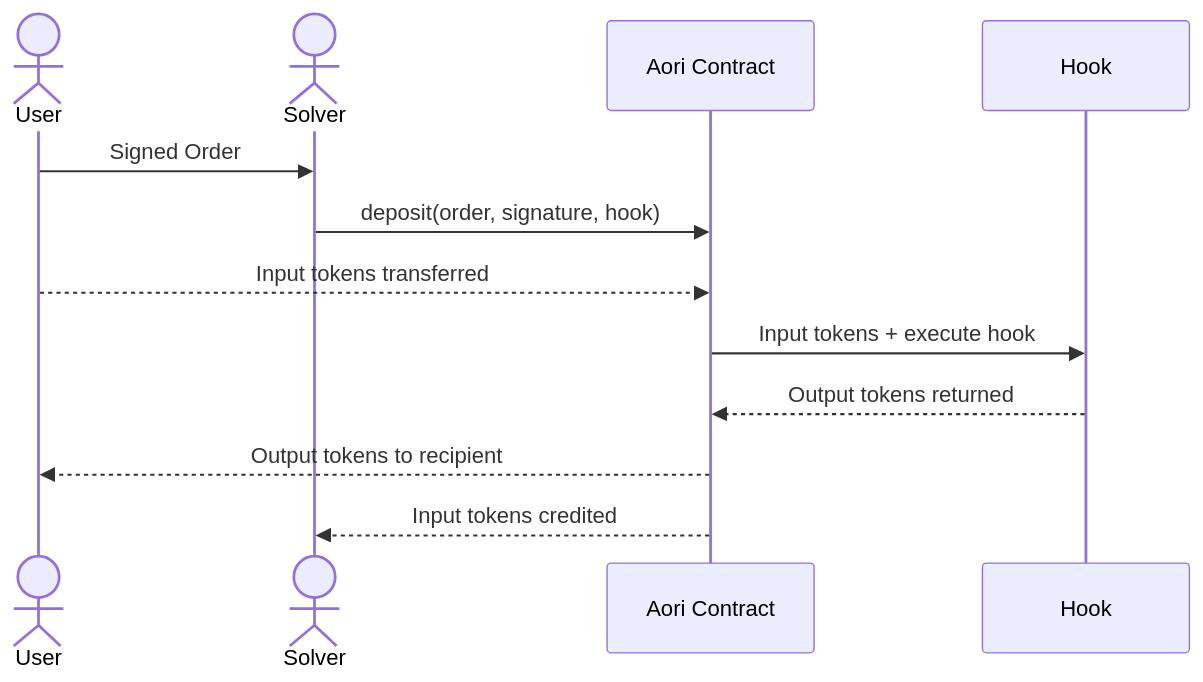
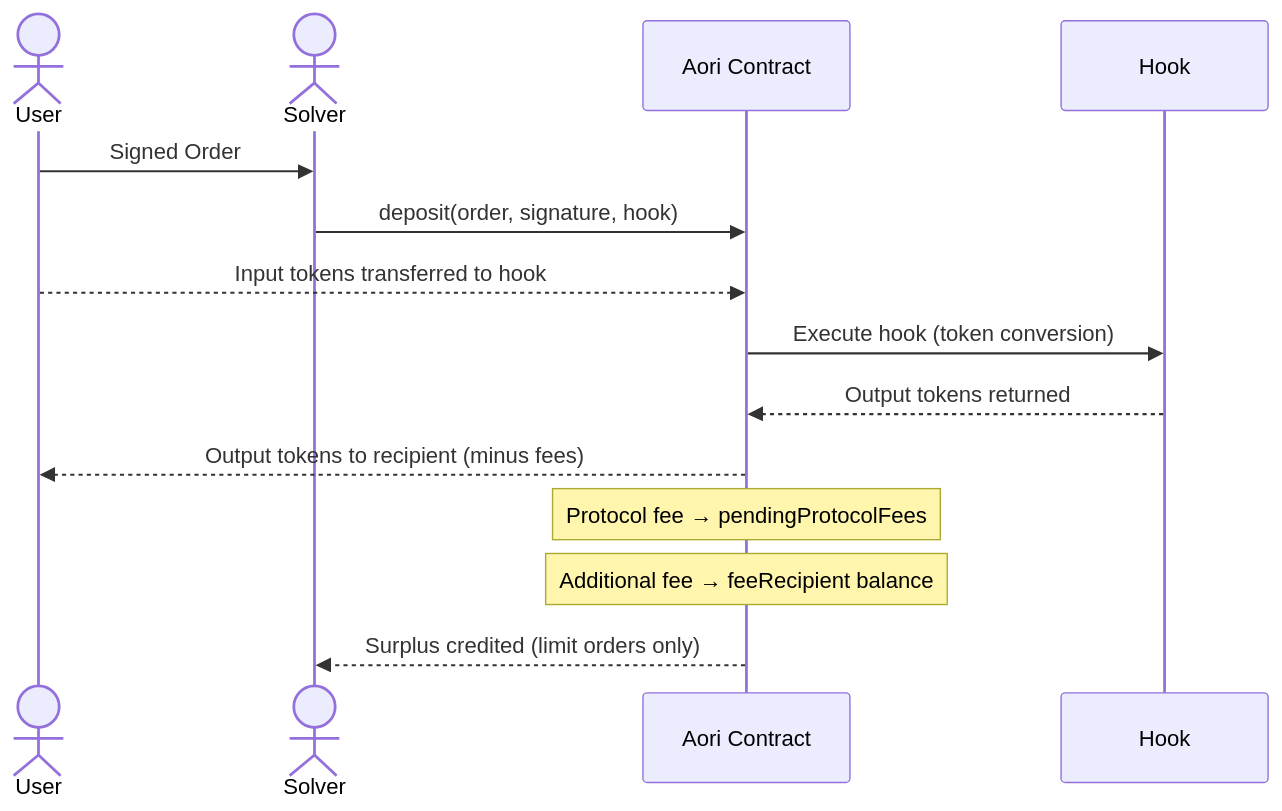
One commit to aori-io/aori changed the fifth of 5 diagrams in README.md. Above: the diagram before and after it, drawn with Mermaid. The commit also changed other lines of this file, not shown here.

````diff
--- a/README.md
+++ b/README.md
@@ -198,15 +198,17 @@
 ```mermaid
 sequenceDiagram
     actor User
     actor Solver
     participant Aori as Aori Contract
     participant Hook as Hook
 
     User->>Solver: Signed Order
     Solver->>Aori: deposit(order, signature, hook)
-    User-->>Aori: Input tokens transferred
-    Aori->>Hook: Input tokens + execute hook
+    User-->>Aori: Input tokens transferred to hook
+    Aori->>Hook: Execute hook (token conversion)
     Hook-->>Aori: Output tokens returned
-    Aori-->>User: Output tokens to recipient
-    Aori-->>Solver: Input tokens credited
+    Aori-->>User: Output tokens to recipient (minus fees)
+    Note over Aori: Protocol fee → pendingProtocolFees
+    Note over Aori: Additional fee → feeRecipient balance
+    Aori-->>Solver: Surplus credited (limit orders only)
 ```
````
